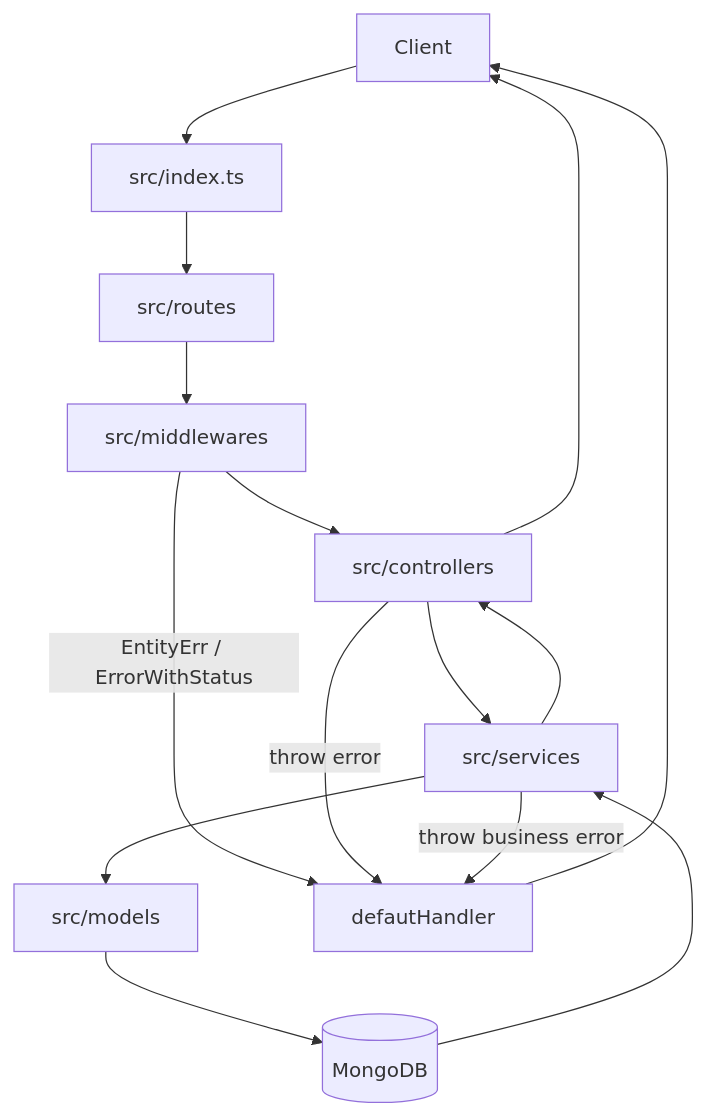
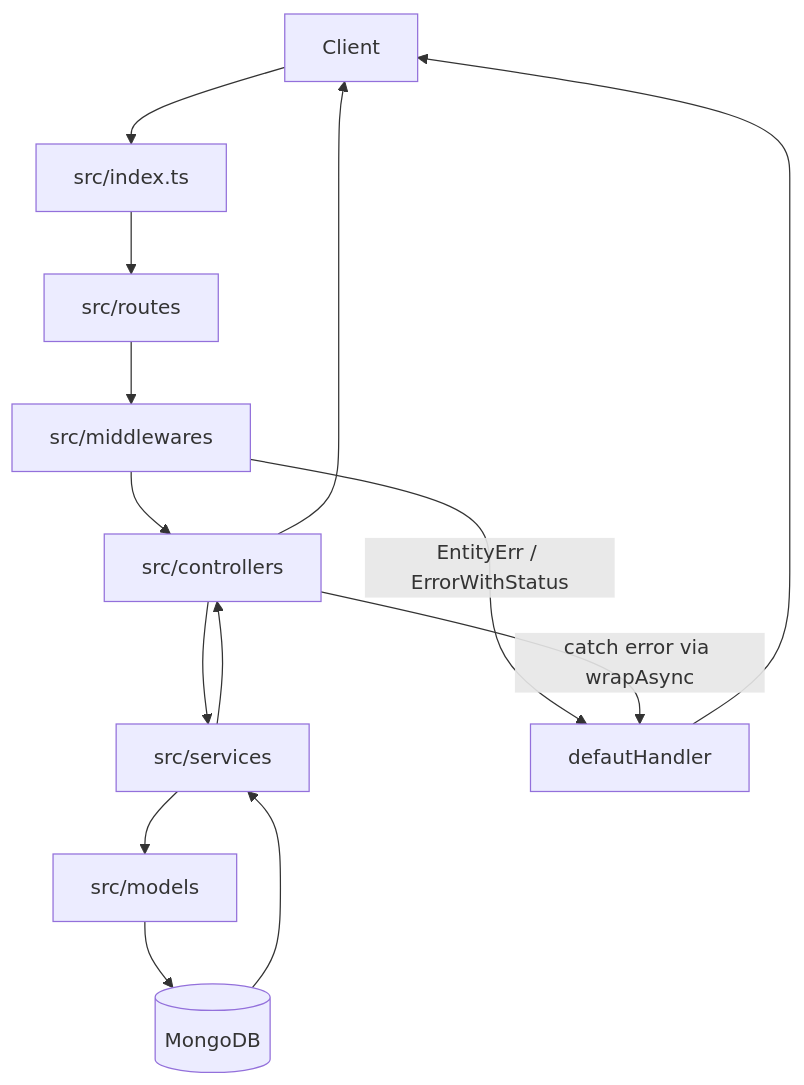
The diagram in docs/endpoint-flows/README.md (Hiamoutgame/AI-Study-Hub), drawn with Mermaid before and after one commit. The commit also changed 12 other files, not shown here.

````diff
--- a/docs/endpoint-flows/README.md
+++ b/docs/endpoint-flows/README.md
@@ -41,19 +41,18 @@
 ```mermaid
 flowchart TD
   Client[Client]
   Express[src/index.ts]
   Routes[src/routes]
   Middlewares[src/middlewares]
   Controllers[src/controllers]
   Services[src/services]
   Models[src/models]
   DB[(MongoDB)]
   ErrorHandler[defautHandler]
 
   Client --> Express --> Routes --> Middlewares --> Controllers --> Services --> Models --> DB
   Middlewares -->|EntityErr / ErrorWithStatus| ErrorHandler
-  Controllers -->|throw error| ErrorHandler
-  Services -->|throw business error| ErrorHandler
+  Controllers -->|catch error via wrapAsync| ErrorHandler
   ErrorHandler --> Client
   DB --> Services --> Controllers --> Client
 ```
````
